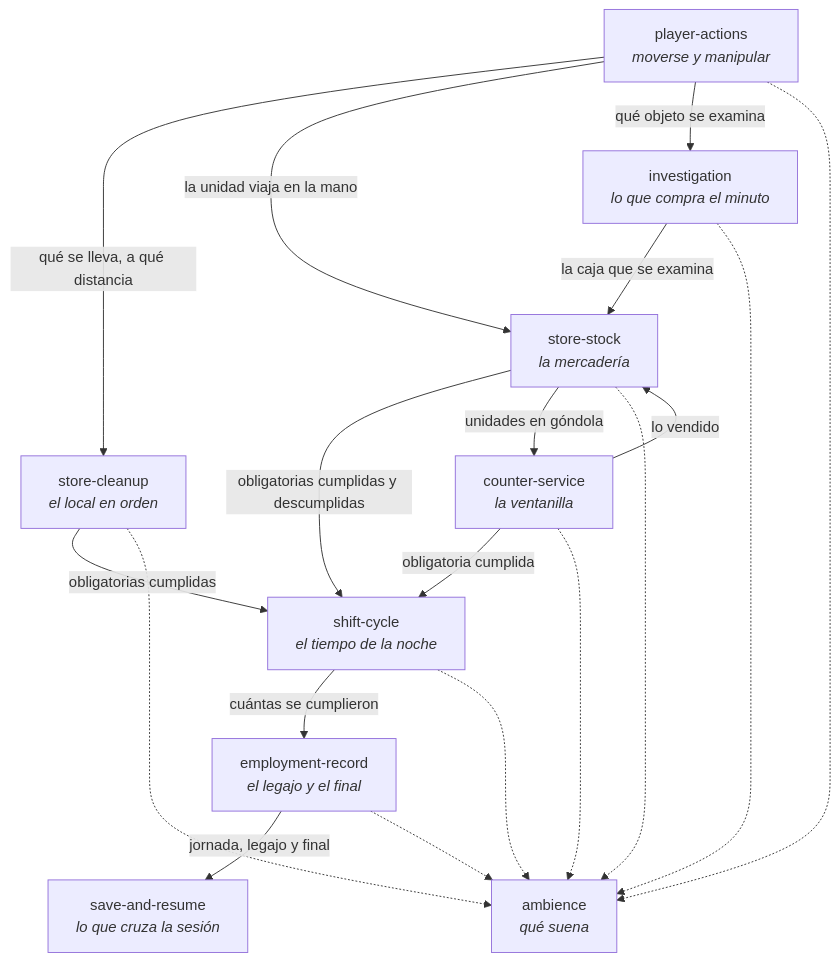
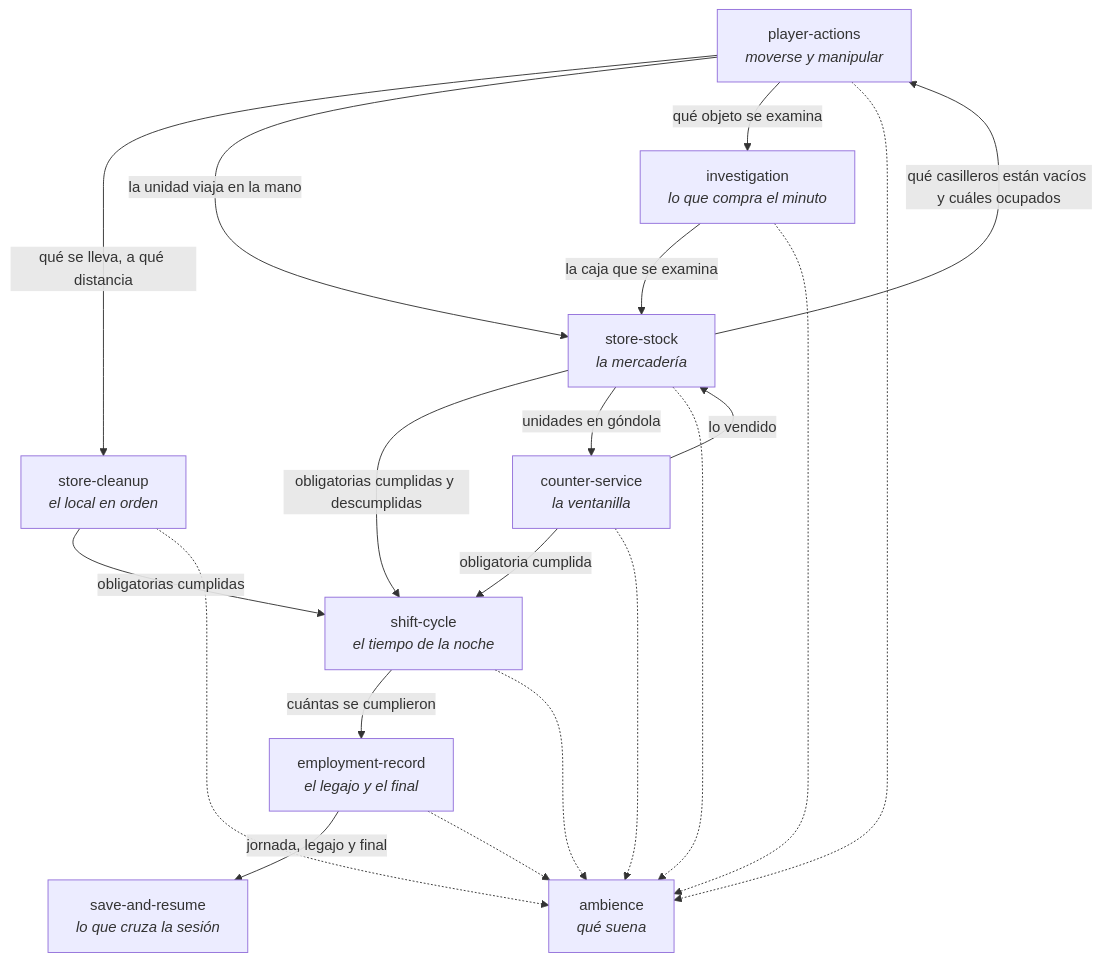
One commit to federicohermo/nosefia changed the diagram in docs/architecture/capacidades.md. Above: the diagram before and after it, drawn with Mermaid.

Commit message:
review: el mapa de capacidades dice que la mercadería le pasa al cuerpo qué casilleros están vacíos
Con los casilleros a la vista, store-stock alimenta a player-actions —los dos specs lo
declaran—, y el mapa sólo tenía la flecha al revés.

Claude-Session: https://claude.ai/code/session_01NCpujRJhhdhJohiDNcCAds

````diff
--- a/docs/architecture/capacidades.md
+++ b/docs/architecture/capacidades.md
@@ -22,31 +22,32 @@
 ```mermaid
 flowchart TD
   SHF["shift-cycle<br/><i>el tiempo de la noche</i>"]
   EMP["employment-record<br/><i>el legajo y el final</i>"]
   SAV["save-and-resume<br/><i>lo que cruza la sesión</i>"]
   PLY["player-actions<br/><i>moverse y manipular</i>"]
   INV["investigation<br/><i>lo que compra el minuto</i>"]
   CTR["counter-service<br/><i>la ventanilla</i>"]
   STK["store-stock<br/><i>la mercadería</i>"]
   CLN["store-cleanup<br/><i>el local en orden</i>"]
   AMB["ambience<br/><i>qué suena</i>"]
 
   CTR -- "obligatoria cumplida" --> SHF
   STK -- "obligatorias cumplidas y descumplidas" --> SHF
   CLN -- "obligatorias cumplidas" --> SHF
   SHF -- "cuántas se cumplieron" --> EMP
   EMP -- "jornada, legajo y final" --> SAV
   STK -- "unidades en góndola" --> CTR
   CTR -- "lo vendido" --> STK
   PLY -- "qué se lleva, a qué distancia" --> CLN
   PLY -- "la unidad viaja en la mano" --> STK
+  STK -- "qué casilleros están vacíos y cuáles ocupados" --> PLY
   PLY -- "qué objeto se examina" --> INV
   INV -- "la caja que se examina" --> STK
   SHF -.-> AMB
   EMP -.-> AMB
   CTR -.-> AMB
   STK -.-> AMB
   CLN -.-> AMB
   PLY -.-> AMB
   INV -.-> AMB
 ```
````
